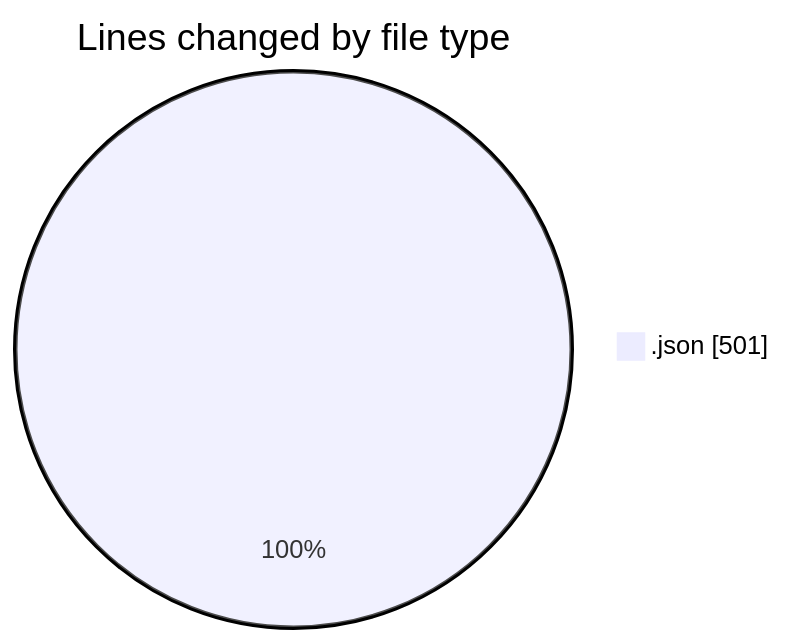
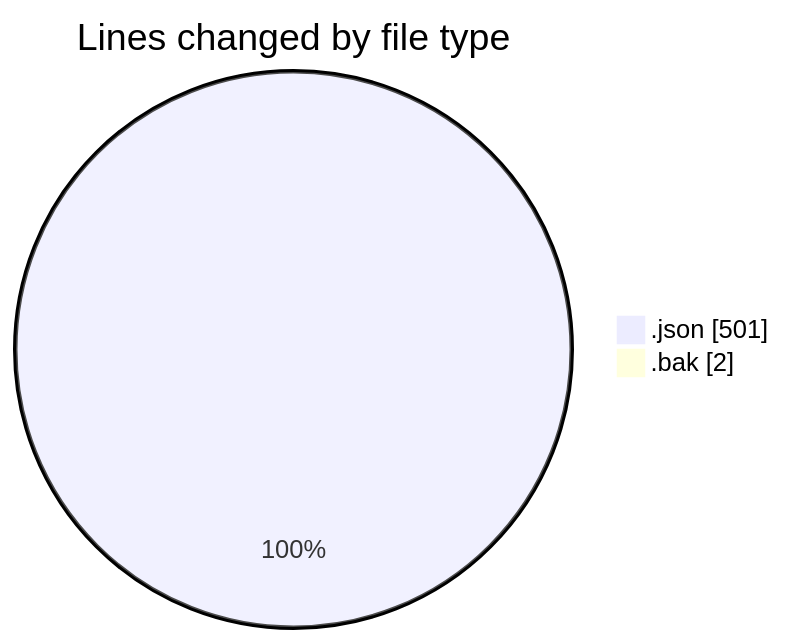
One commit to EIIisD/code-tracking changed the first of 2 diagrams in 2025-07-26/_claude/README.md. Above: the diagram before and after it, drawn with Mermaid. The commit also changed other lines of this file and 1 other file, not shown here.

````diff
--- a/2025-07-26/_claude/README.md
+++ b/2025-07-26/_claude/README.md
@@ -20,5 +21,6 @@
 ```mermaid
 pie showData
 title Lines changed by file type
 ".json" : 501
+".bak" : 2
 ```
````
